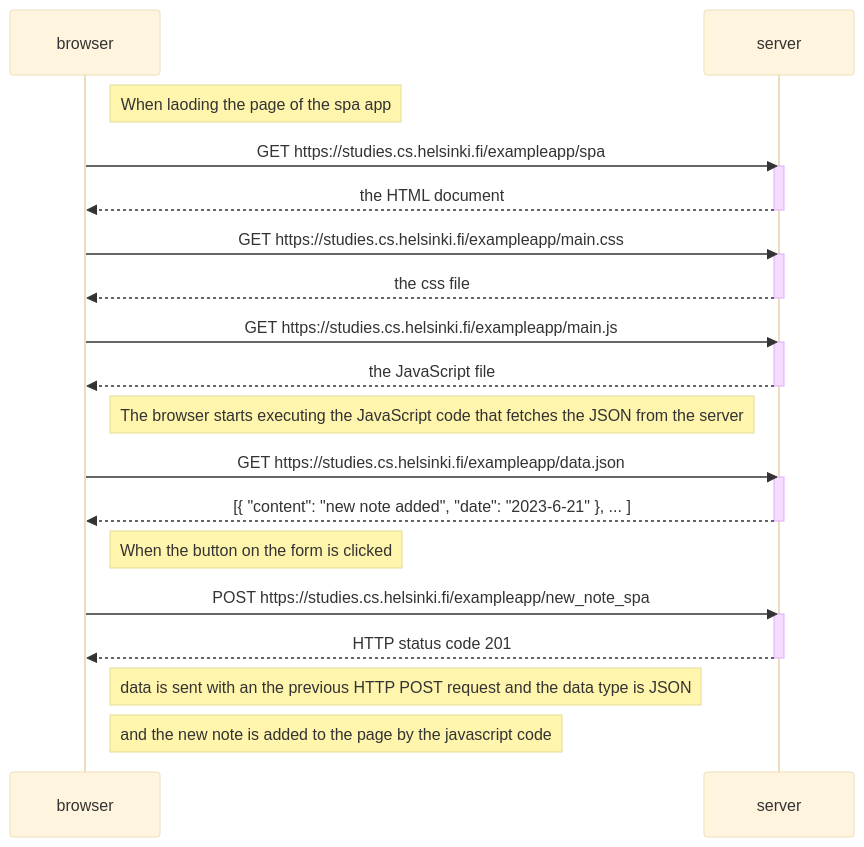
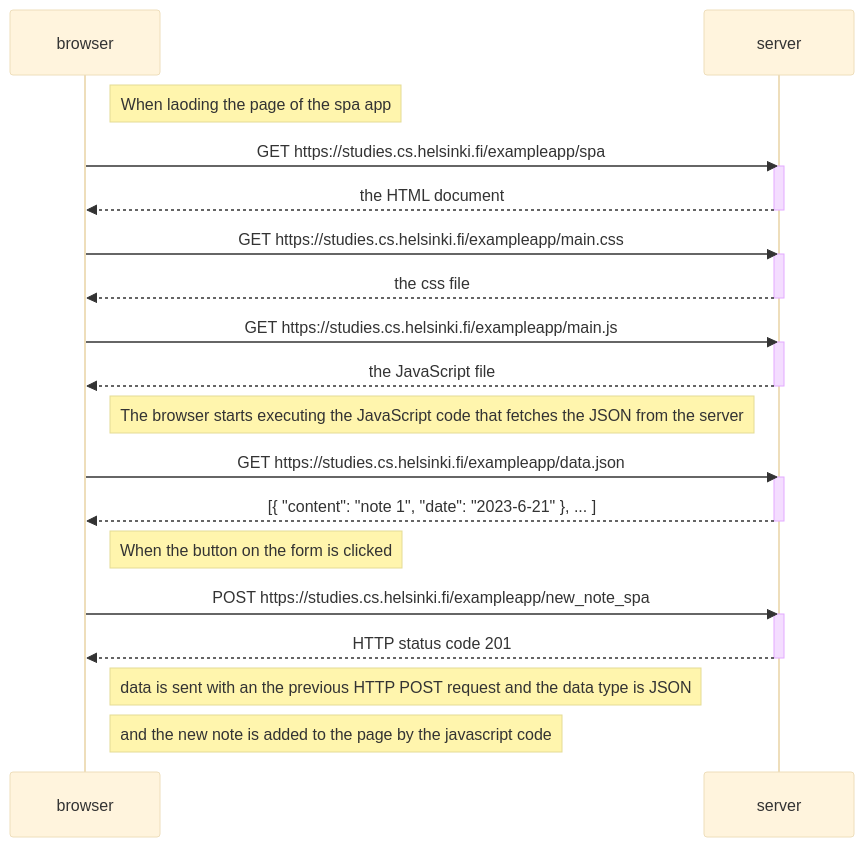
Before and after one commit to rabio10/fullstackopen-part0: the diagram in exercice_0-5.md, drawn with Mermaid (base theme).

````diff
--- a/exercice_0-5.md
+++ b/exercice_0-5.md
@@ -1,41 +1,41 @@
 ```mermaid
 sequenceDiagram
     participant browser
     participant server
     
     Note right of browser: When laoding the page of the spa app
     
     browser->>server: GET https://studies.cs.helsinki.fi/exampleapp/spa
     activate server
     server-->>browser: the HTML document
     deactivate server
     
     browser->>server: GET https://studies.cs.helsinki.fi/exampleapp/main.css
     activate server
     server-->>browser: the css file
     deactivate server
     
     browser->>server: GET https://studies.cs.helsinki.fi/exampleapp/main.js
     activate server
     server-->>browser: the JavaScript file
     deactivate server
     
     Note right of browser: The browser starts executing the JavaScript code that fetches the JSON from the server
     
     browser->>server: GET https://studies.cs.helsinki.fi/exampleapp/data.json
     activate server
-    server-->>browser: [{ "content": "new note added", "date": "2023-6-21" }, ... ]
+    server-->>browser: [{ "content": "note 1", "date": "2023-6-21" }, ... ]
     deactivate server
 
     Note right of browser: When the button on the form is clicked
 
     browser->>server: POST https://studies.cs.helsinki.fi/exampleapp/new_note_spa
     activate server
     server-->>browser: HTTP status code 201
     deactivate server
     
     Note right of browser: data is sent with an the previous HTTP POST request and the data type is JSON
     Note right of browser: and the new note is added to the page by the javascript code
 
 
 ```
````
